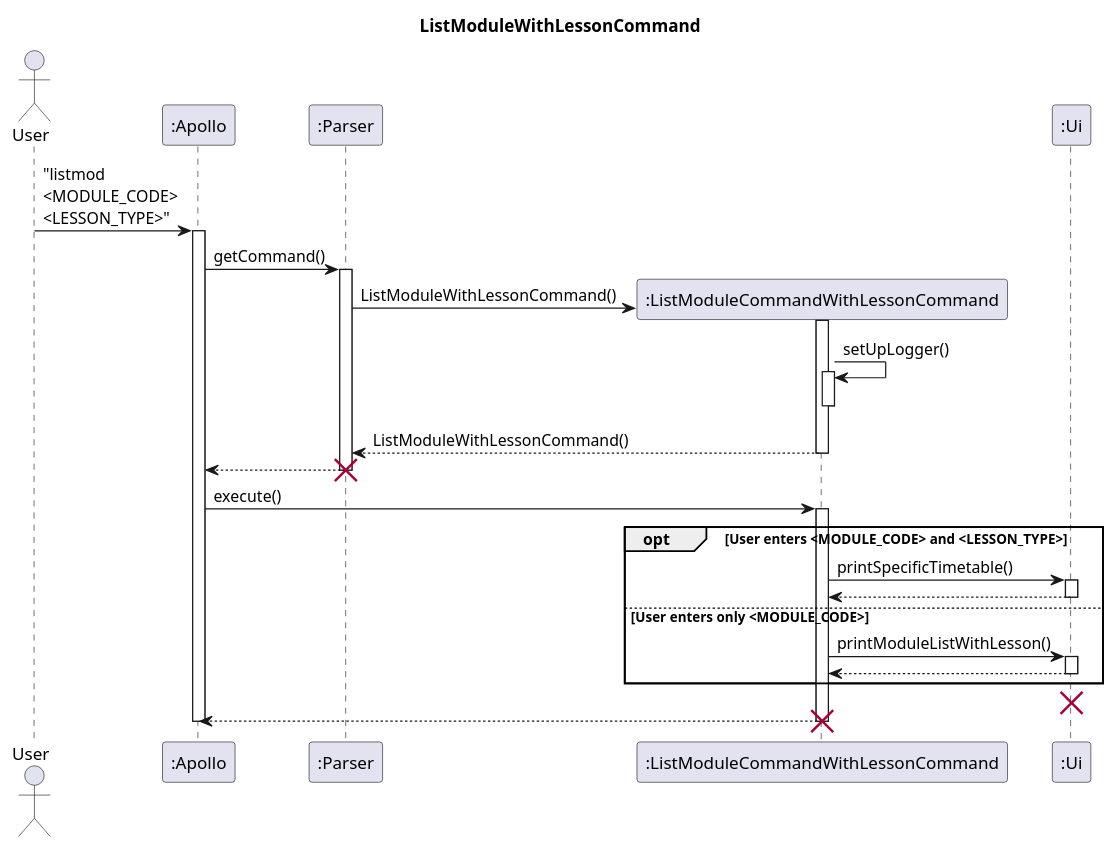
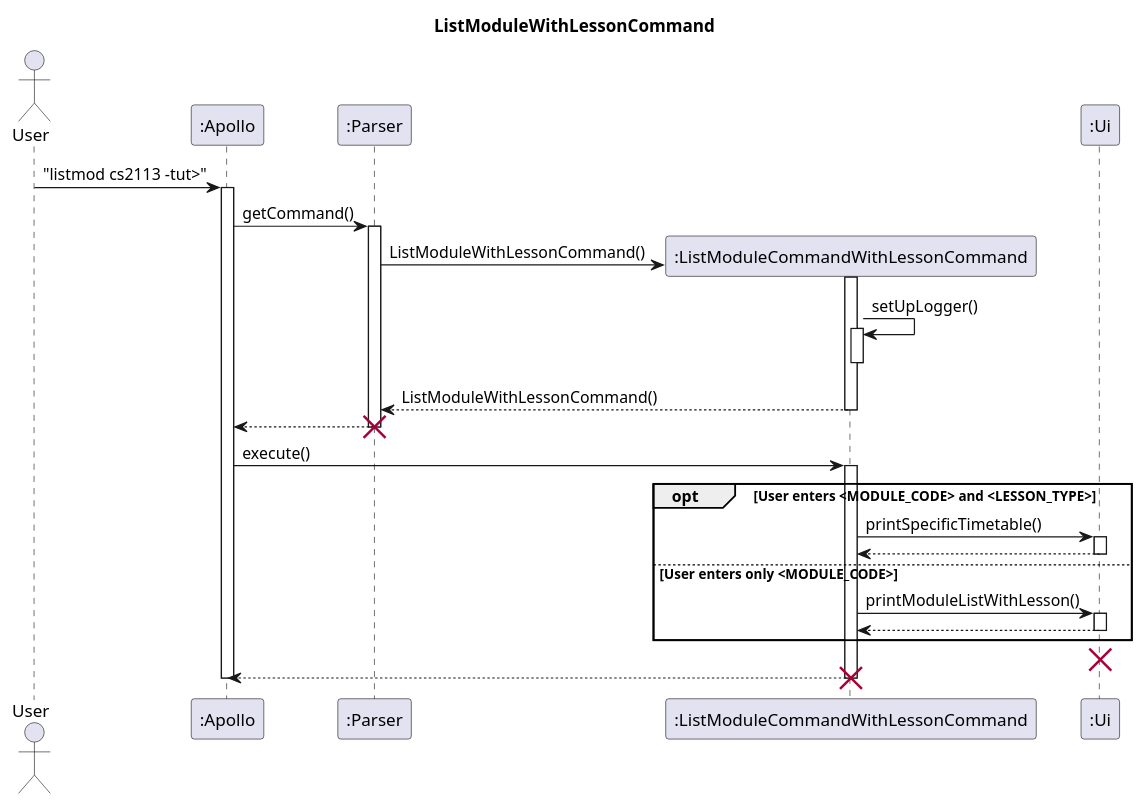
One commit to nus-cs2113-AY2223S2/tp changed the diagram in docs/uml-source/ListModuleWithLessonCommand.puml. Above: the diagram before and after it, drawn with PlantUML.

Commit message:
Update UML with specific input

```diff
--- a/docs/uml-source/ListModuleWithLessonCommand.puml
+++ b/docs/uml-source/ListModuleWithLessonCommand.puml
@@ -1,68 +1,68 @@
 @startuml
 'https://plantuml.com/sequence-diagram
 
 skinparam maxMessageSize 150
 
 title ListModuleWithLessonCommand
 
 actor User
 
 participant ":Apollo" as Apollo
 participant ":Parser" as Parser
 participant ":ListModuleCommandWithLessonCommand" as ListMod
 participant ":Ui" as Ui
 
-User -> Apollo : "listmod <MODULE_CODE> <LESSON_TYPE>"
+User -> Apollo : "listmod cs2113 -tut>"
 
 activate Apollo
 Apollo -> Parser : getCommand()
 activate Parser
 
 Parser -> ListMod** : ListModuleWithLessonCommand()
 activate ListMod
 
 ListMod -> ListMod : setUpLogger()
 activate ListMod
 deactivate ListMod
 
 ListMod --> Parser : ListModuleWithLessonCommand()
 deactivate ListMod
 
 Parser --> Apollo
 deactivate Parser
 destroy Parser
 
 Apollo -> ListMod : execute()
 activate ListMod
 
 opt User enters <MODULE_CODE> and <LESSON_TYPE>
 ListMod -> Ui : printSpecificTimetable()
 
 activate Ui
 Ui --> ListMod
 deactivate Ui
 
 else User enters only <MODULE_CODE>
 ListMod -> Ui : printModuleListWithLesson()
 
 activate Ui
 Ui --> ListMod
 deactivate Ui
 
 end
 
 destroy Ui
 
 ListMod --> Apollo
 
 deactivate ListMod
 destroy ListMod
 
 
 deactivate Apollo
 
 
 
 
 
 @enduml
```
